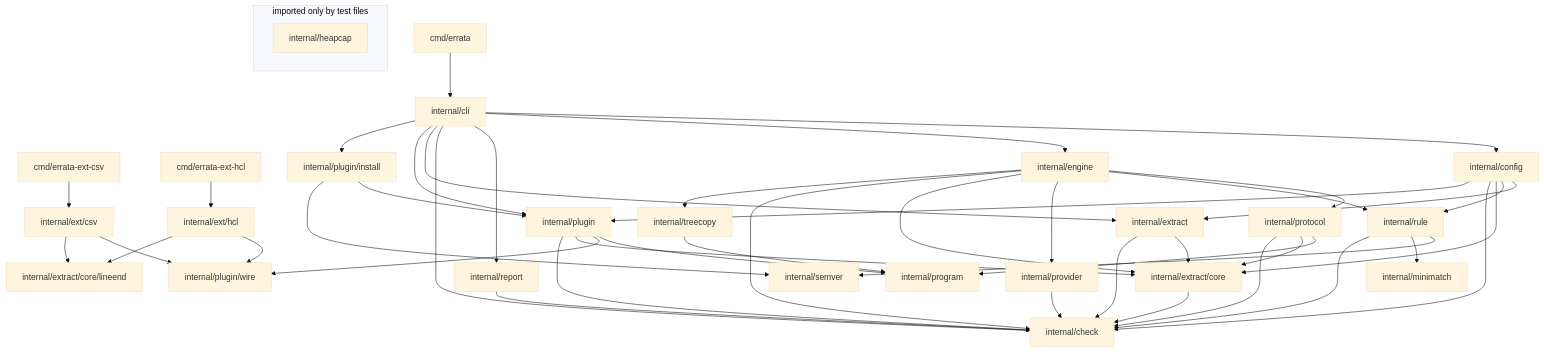
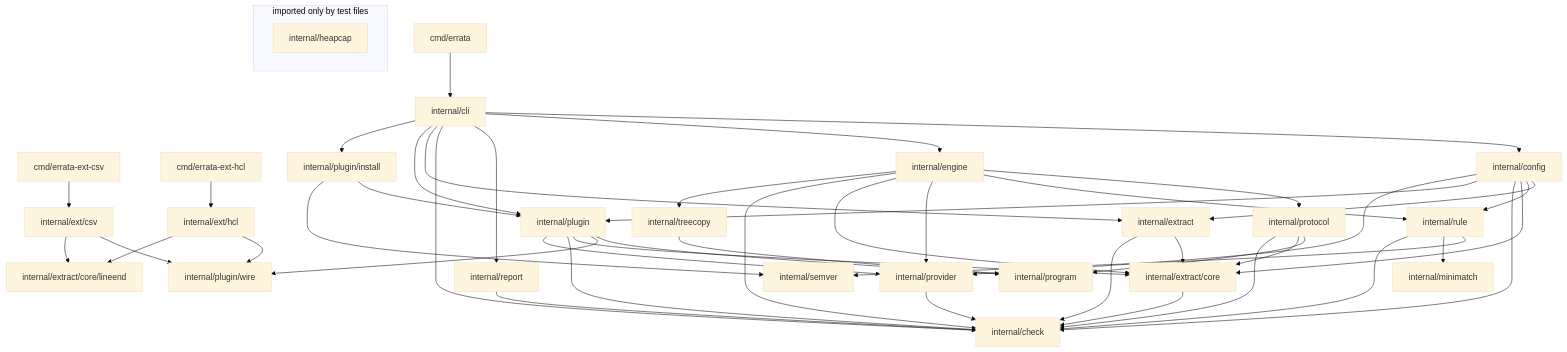
The second of 9 diagrams in docs/architecture.md (f-klement/errata), drawn with Mermaid (base theme) before and after one commit. The commit also changed other lines of this file and 59 other files, not shown here.

First line of the commit message:
docs(roadmap): v0.6.0, v0.8.0 and the plugins as the owner rescoped them on 2026-11-28

````diff
--- a/docs/architecture.md
+++ b/docs/architecture.md
@@ -188,73 +195,75 @@
 ```mermaid
 flowchart TB
     %% packages: TestArchitectureDrawsEveryImport compares this graph with the imports
     cmd_errata["cmd/errata"]
     cmd_errata_ext_csv["cmd/errata-ext-csv"]
     extcsv["internal/ext/csv"]
     cmd_errata_ext_hcl["cmd/errata-ext-hcl"]
     exthcl["internal/ext/hcl"]
     lineend["internal/extract/core/lineend"]
     cli["internal/cli"]
     config["internal/config"]
     engine["internal/engine"]
     rule["internal/rule"]
     semver["internal/semver"]
     minimatch["internal/minimatch"]
     protocol["internal/protocol"]
     program["internal/program"]
     plugin["internal/plugin"]
     wire["internal/plugin/wire"]
     install["internal/plugin/install"]
     treecopy["internal/treecopy"]
     provider["internal/provider"]
     report["internal/report"]
     extract["internal/extract"]
     core["internal/extract/core"]
     check["internal/check"]
     subgraph testonly ["imported only by test files"]
         heapcap["internal/heapcap"]
     end
     cmd_errata --> cli
     cli --> config
     cli --> engine
     cli --> report
     cli --> check
     cli --> extract
     cli --> plugin
     cli --> install
     install --> plugin
     install --> semver
     config --> extract
     config --> rule
     config --> core
     config --> check
     config --> plugin
+    config --> provider
     plugin --> program
     plugin --> wire
     plugin --> core
     plugin --> check
+    plugin --> provider
     cmd_errata_ext_csv --> extcsv
     extcsv --> wire
     extcsv --> lineend
     cmd_errata_ext_hcl --> exthcl
     exthcl --> wire
     exthcl --> lineend
     engine --> protocol
     engine --> rule
     engine --> provider
     engine --> core
     engine --> check
     engine --> treecopy
     treecopy --> program
     rule --> semver
     rule --> minimatch
     rule --> check
     protocol --> program
     protocol --> core
     protocol --> check
     provider --> check
     report --> check
     extract --> core
     extract --> check
     core --> check
 ```
````
